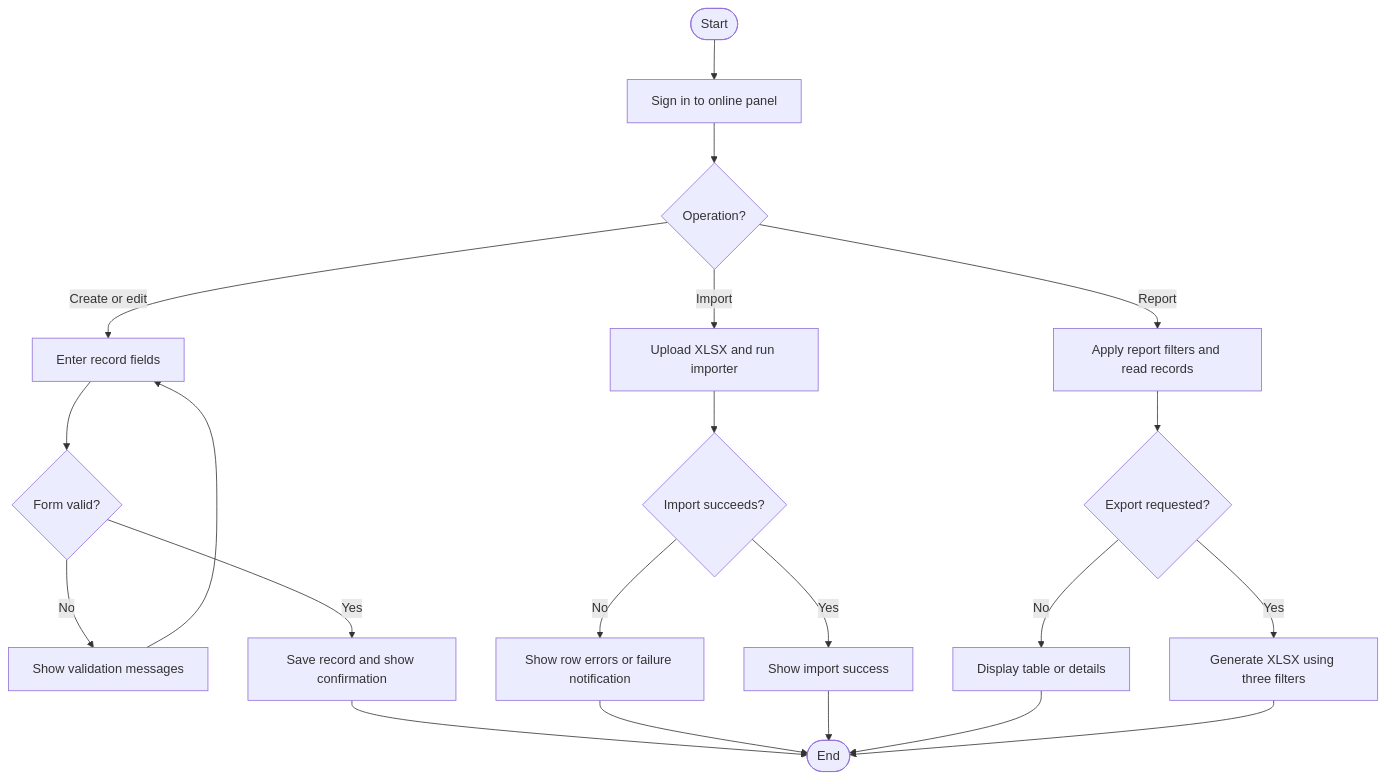
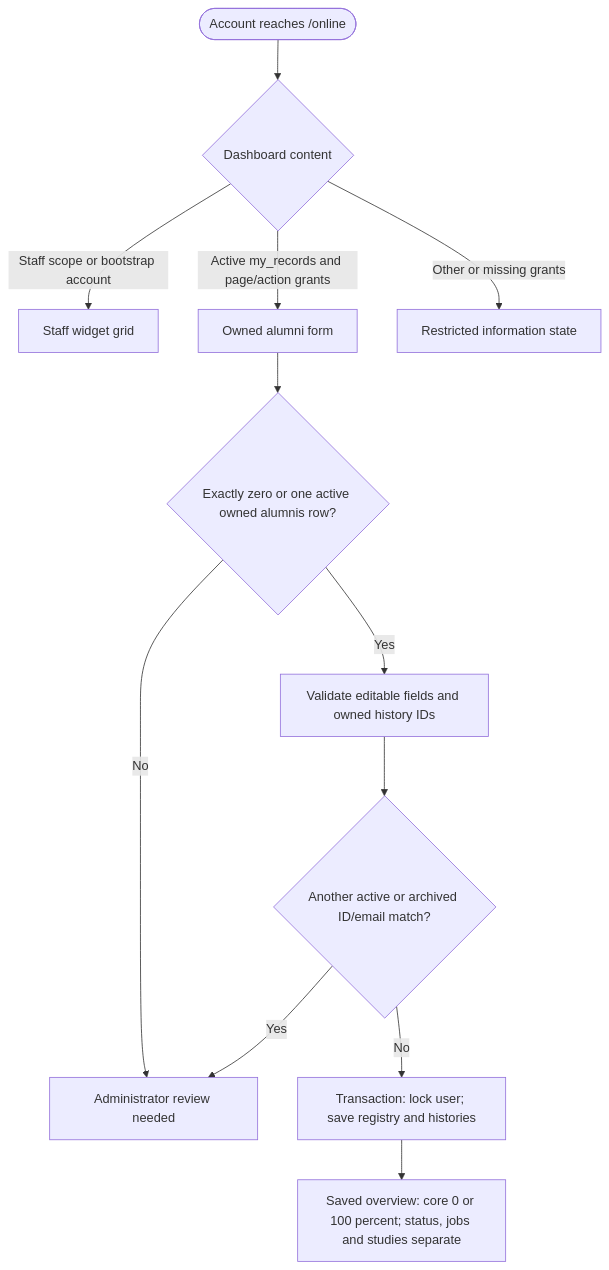
The diagram in requirements-modeling.md (zrlldy/alumni-tracer), drawn with Mermaid before and after one commit. The commit also changed other lines of this file and 4 other files, not shown here.

````diff
--- a/requirements-modeling.md
+++ b/requirements-modeling.md
@@ -113,23 +20,14 @@
-```mermaid
+~~~mermaid
 flowchart TD
-    S([Start]) --> A[Sign in to online panel]
-    A --> B{Operation?}
-    B -->|Create or edit| C[Enter record fields]
-    C --> V{Form valid?}
-    V -->|No| E[Show validation messages]
-    E --> C
-    V -->|Yes| D[Save record and show confirmation]
-    B -->|Import| I[Upload XLSX and run importer]
-    I --> R{Import succeeds?}
-    R -->|No| X[Show row errors or failure notification]
-    R -->|Yes| F[Show import success]
-    B -->|Report| Q[Apply report filters and read records]
-    Q --> H{Export requested?}
-    H -->|No| M[Display table or details]
-    H -->|Yes| W[Generate XLSX using three filters]
-    D --> Z([End])
-    X --> Z
-    F --> Z
-    M --> Z
-    W --> Z
-```
+    A([Account reaches /online]) --> B{Dashboard content}
+    B -->|Staff scope or bootstrap account| C[Staff widget grid]
+    B -->|Active my_records and page/action grants| F[Owned alumni form]
+    B -->|Other or missing grants| N[Restricted information state]
+    F --> O{Exactly zero or one active owned alumnis row?}
+    O -->|No| R[Administrator review needed]
+    O -->|Yes| V[Validate editable fields and owned history IDs]
+    V --> M{Another active or archived ID/email match?}
+    M -->|Yes| R
+    M -->|No| T[Transaction: lock user; save registry and histories]
+    T --> S[Saved overview: core 0 or 100 percent; status, jobs and studies separate]
+~~~
````
